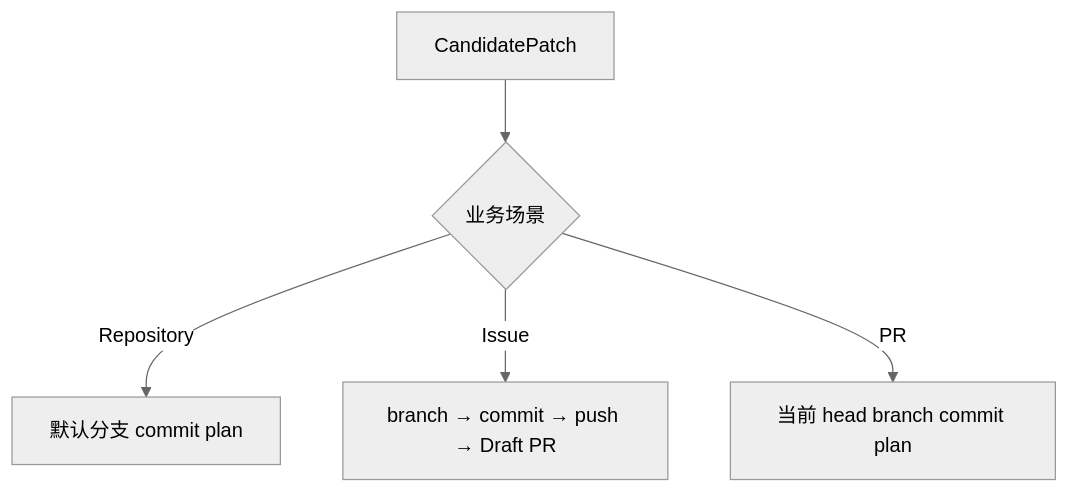
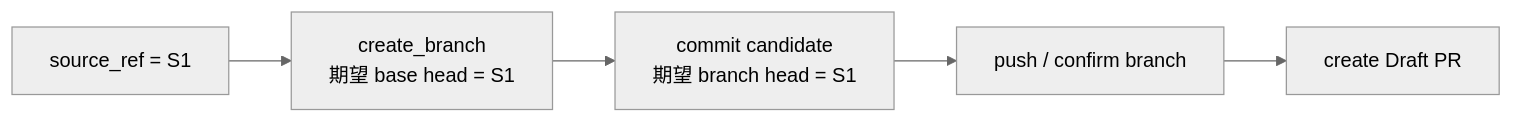
One commit to Arthur999459up/GitAgent changed the fourth of 19 diagrams in docs/08-approval-and-remote-mutations.md. Above: the diagram before and after it, drawn with Mermaid (neutral theme). The commit also changed other lines of this file and 3 other files, not shown here.

````diff
--- a/docs/08-approval-and-remote-mutations.md
+++ b/docs/08-approval-and-remote-mutations.md
@@ -56,7 +126,7 @@
 ```mermaid
-flowchart TD
-    C[CandidatePatch] --> T{业务场景}
-    T -->|Repository| R[默认分支 commit plan]
-    T -->|Issue| I[branch → commit → push → Draft PR]
-    T -->|PR| P[当前 head branch commit plan]
+flowchart LR
+    S[source_ref = S1] --> B[create_branch\n期望 base head = S1]
+    B --> C[commit candidate\n期望 branch head = S1]
+    C --> P[push / confirm branch]
+    P --> R[create Draft PR]
 ```
````
